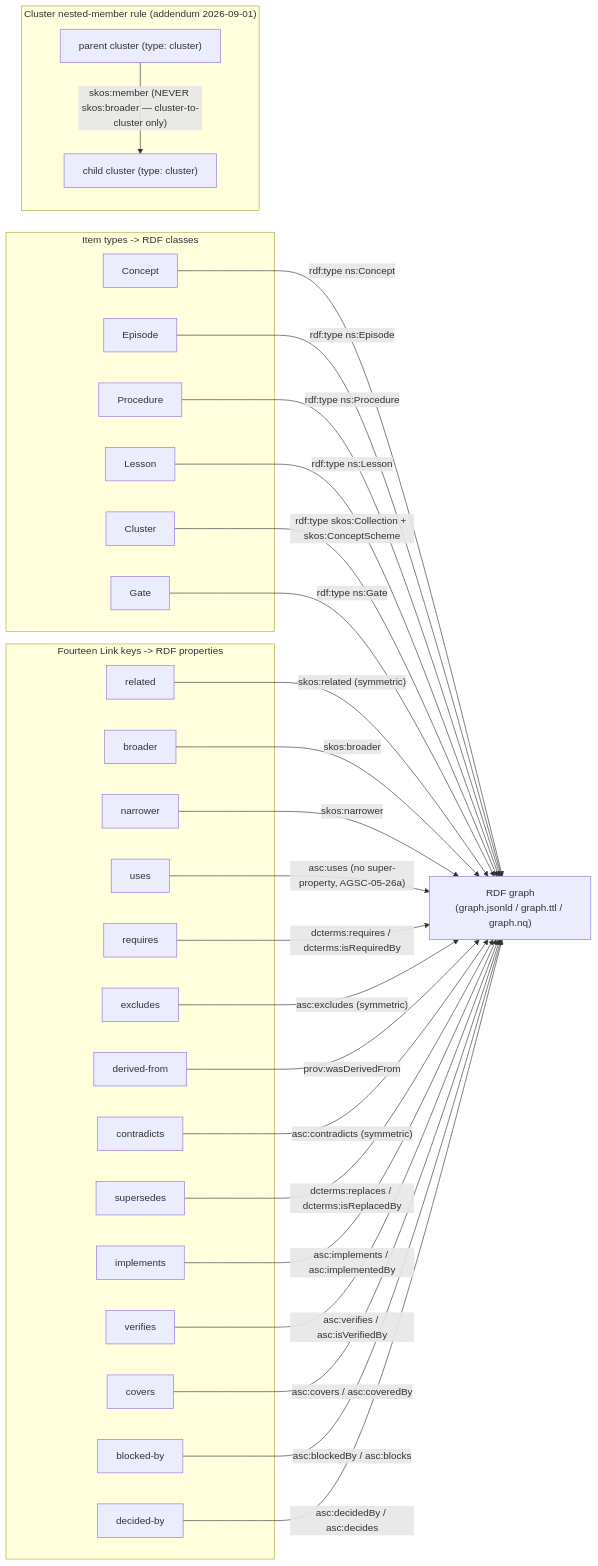
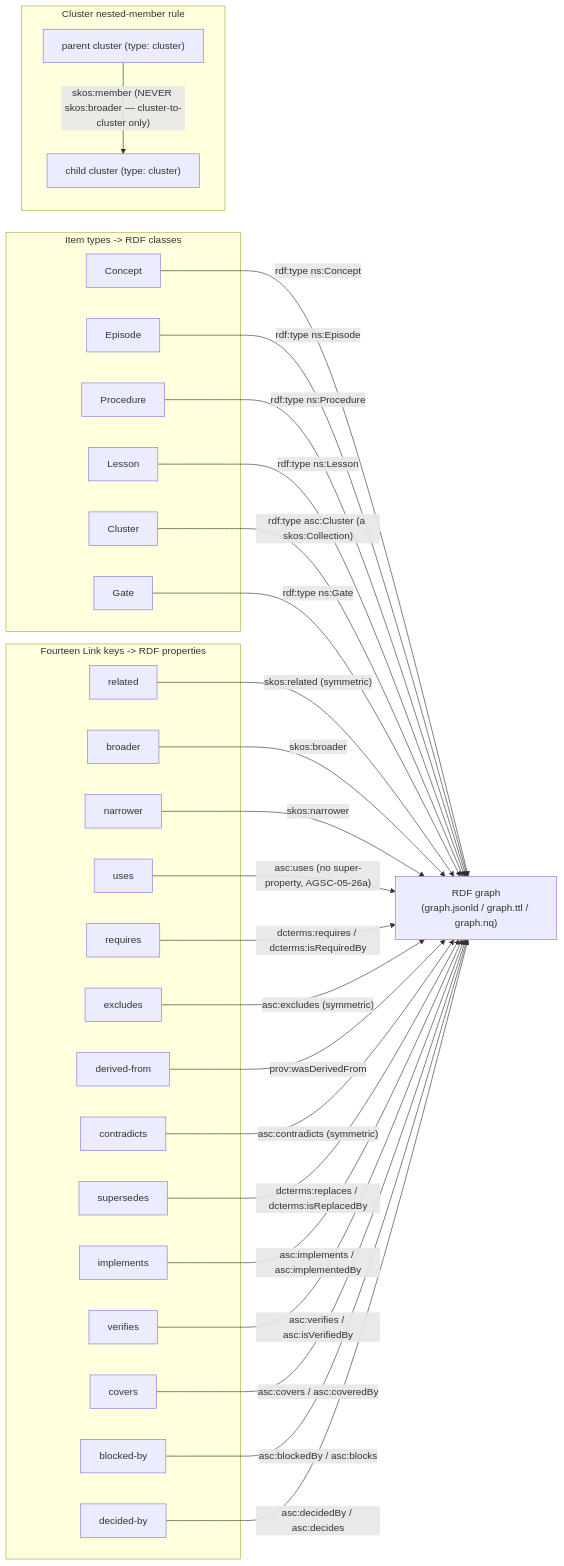
The diagram in docs/diagrams/schema-ontology.md (andreibesleaga/agentic-system-core), drawn with Mermaid before and after one commit. The commit also changed other lines of this file and 452 other files, not shown here.

````diff
--- a/docs/diagrams/schema-ontology.md
+++ b/docs/diagrams/schema-ontology.md
@@ -5,59 +5,59 @@
 ```mermaid
 flowchart LR
   subgraph TYPES["Item types -> RDF classes"]
     Concept
     Episode
     Procedure
     Lesson
     ClusterT["Cluster"]
     Gate
   end
 
   RDF["RDF graph\n(graph.jsonld / graph.ttl / graph.nq)"]
 
   Concept -->|"rdf:type ns:Concept"| RDF
   Episode -->|"rdf:type ns:Episode"| RDF
   Procedure -->|"rdf:type ns:Procedure"| RDF
   Lesson -->|"rdf:type ns:Lesson"| RDF
-  ClusterT -->|"rdf:type skos:Collection + skos:ConceptScheme"| RDF
+  ClusterT -->|"rdf:type asc:Cluster (a skos:Collection)"| RDF
   Gate -->|"rdf:type ns:Gate"| RDF
 
   subgraph LINKS["Fourteen Link keys -> RDF properties"]
     related
     broader
     narrower
     uses
     requires
     excludes
     derivedFrom["derived-from"]
     contradicts
     supersedes
     implements
     verifies
     covers
     blockedBy["blocked-by"]
     decidedBy["decided-by"]
   end
 
   related -->|"skos:related (symmetric)"| RDF
   broader -->|"skos:broader"| RDF
   narrower -->|"skos:narrower"| RDF
   uses -->|"asc:uses (no super-property, AGSC-05-26a)"| RDF
   requires -->|"dcterms:requires / dcterms:isRequiredBy"| RDF
   excludes -->|"asc:excludes (symmetric)"| RDF
   derivedFrom -->|"prov:wasDerivedFrom"| RDF
   contradicts -->|"asc:contradicts (symmetric)"| RDF
   supersedes -->|"dcterms:replaces / dcterms:isReplacedBy"| RDF
   implements -->|"asc:implements / asc:implementedBy"| RDF
   verifies -->|"asc:verifies / asc:isVerifiedBy"| RDF
   covers -->|"asc:covers / asc:coveredBy"| RDF
   blockedBy -->|"asc:blockedBy / asc:blocks"| RDF
   decidedBy -->|"asc:decidedBy / asc:decides"| RDF
 
-  subgraph NESTED["Cluster nested-member rule (addendum 2026-09-01)"]
+  subgraph NESTED["Cluster nested-member rule"]
     Parent["parent cluster (type: cluster)"]
     Child["child cluster (type: cluster)"]
   end
 
   Parent -->|"skos:member (NEVER skos:broader — cluster-to-cluster only)"| Child
 ```
````
